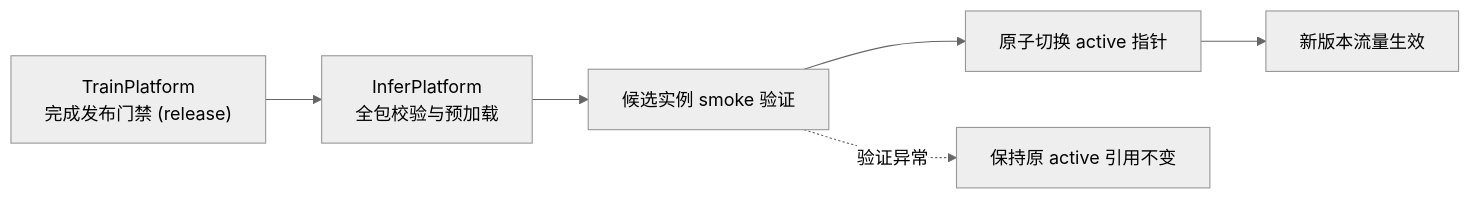
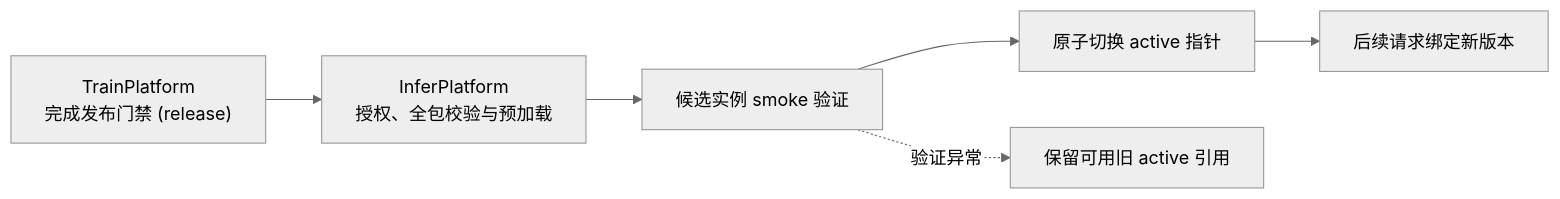
One commit to QingMouFoodDate/InferPlatform changed the second of 2 diagrams in README.md. Above: the diagram before and after it, drawn with Mermaid (neutral theme). The commit also changed other lines of this file, not shown here.

Commit message:
📃 docs: 补充单图接口与证据来源约定

````diff
--- a/README.md
+++ b/README.md
@@ -116,8 +130,8 @@
 ```mermaid
 flowchart LR
-    A["TrainPlatform<br/>完成发布门禁 (release)"] --> B["InferPlatform<br/>全包校验与预加载"]
+    A["TrainPlatform<br/>完成发布门禁 (release)"] --> B["InferPlatform<br/>授权、全包校验与预加载"]
     B --> C["候选实例 smoke 验证"]
     C --> D["原子切换 active 指针"]
-    D --> E["新版本流量生效"]
-    C -.验证异常.-> F["保持原 active 引用不变"]
+    D --> E["后续请求绑定新版本"]
+    C -.验证异常.-> F["保留可用旧 active 引用"]
 ```
````
